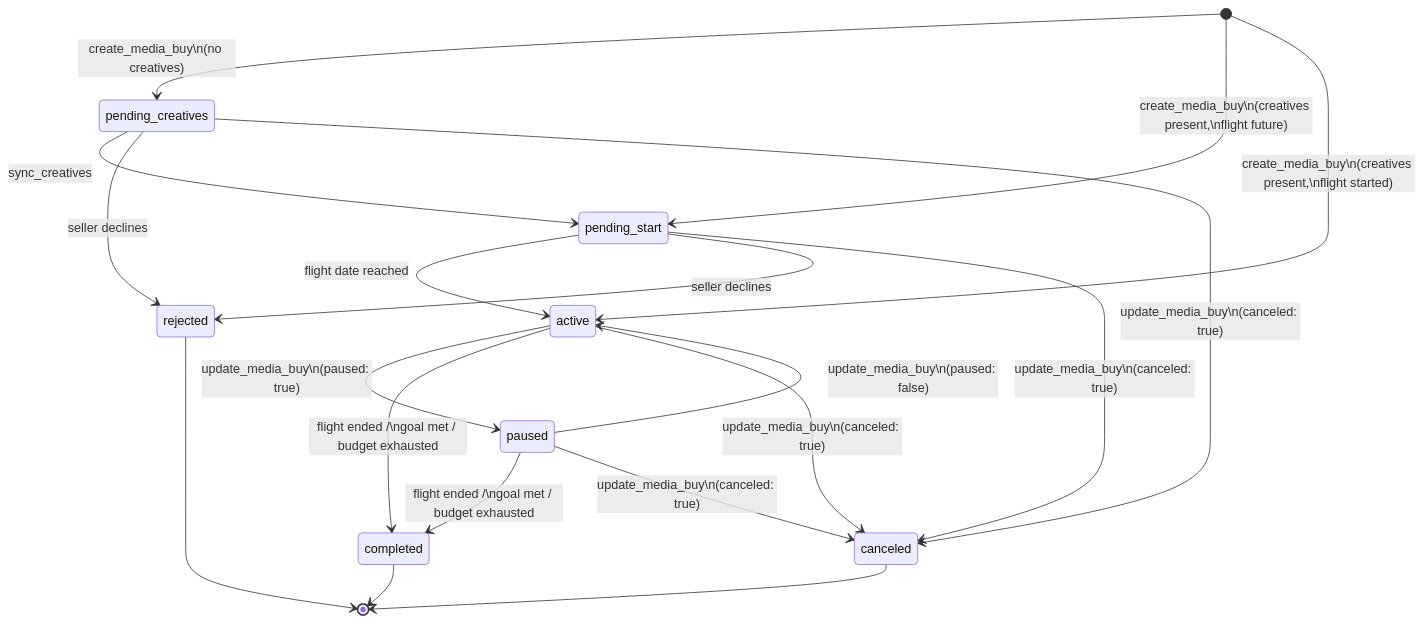
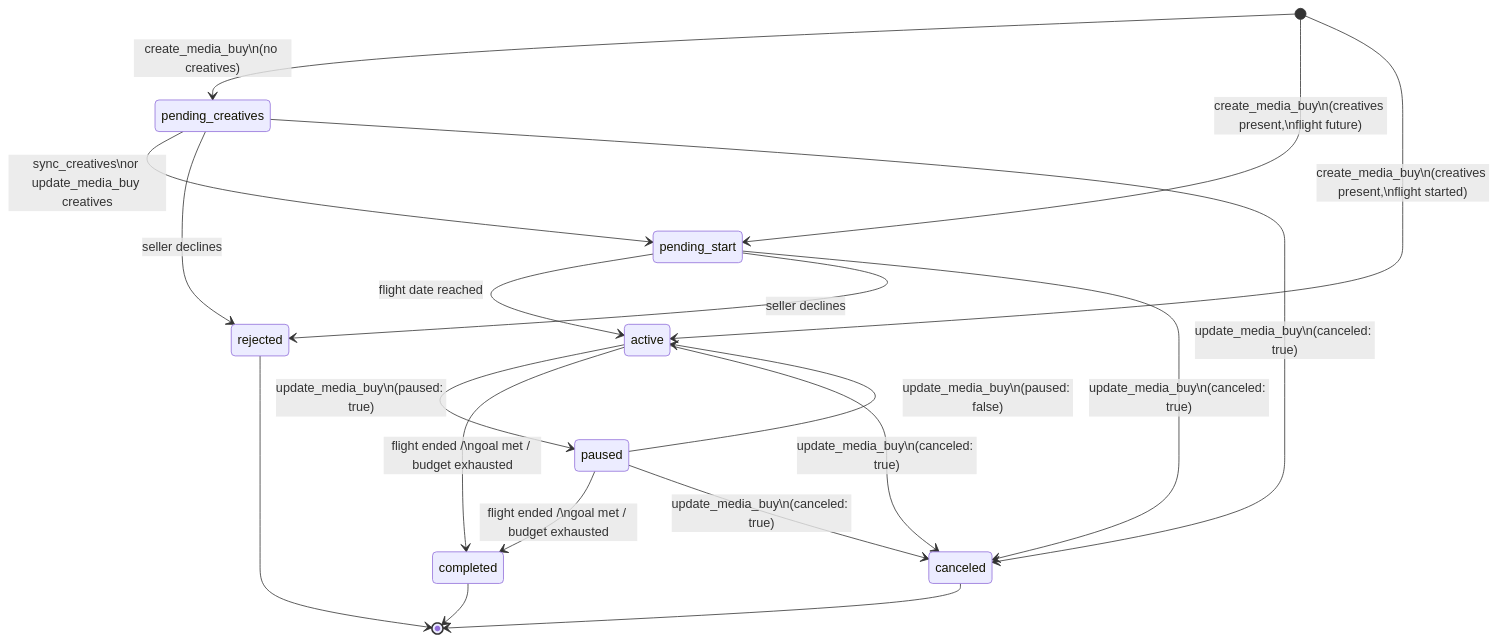
Before and after one commit to adcontextprotocol/adcp: the second of 3 diagrams in docs/media-buy/media-buys/lifecycle.mdx, drawn with Mermaid. The commit also changed other lines of this file and 20 other files, not shown here.

````diff
--- a/docs/media-buy/media-buys/lifecycle.mdx
+++ b/docs/media-buy/media-buys/lifecycle.mdx
@@ -54,27 +54,27 @@
 ```mermaid
 stateDiagram-v2
     [*] --> pending_creatives : create_media_buy\n(no creatives)
     [*] --> pending_start : create_media_buy\n(creatives present,\nflight future)
     [*] --> active : create_media_buy\n(creatives present,\nflight started)
 
-    pending_creatives --> pending_start : sync_creatives
+    pending_creatives --> pending_start : sync_creatives\nor update_media_buy creatives
     pending_start --> active : flight date reached
 
     active --> paused : update_media_buy\n(paused: true)
     paused --> active : update_media_buy\n(paused: false)
 
     active --> completed : flight ended /\ngoal met / budget exhausted
     paused --> completed : flight ended /\ngoal met / budget exhausted
 
     pending_creatives --> rejected : seller declines
     pending_start --> rejected : seller declines
 
     pending_creatives --> canceled : update_media_buy\n(canceled: true)
     pending_start --> canceled : update_media_buy\n(canceled: true)
     active --> canceled : update_media_buy\n(canceled: true)
     paused --> canceled : update_media_buy\n(canceled: true)
 
     completed --> [*]
     rejected --> [*]
     canceled --> [*]
 ```
````
